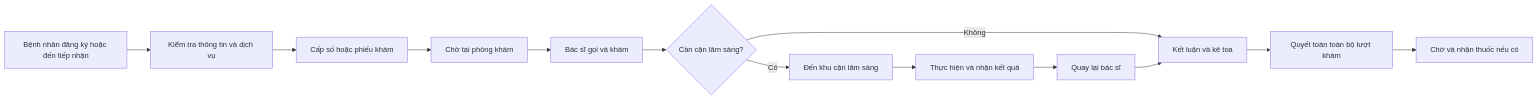
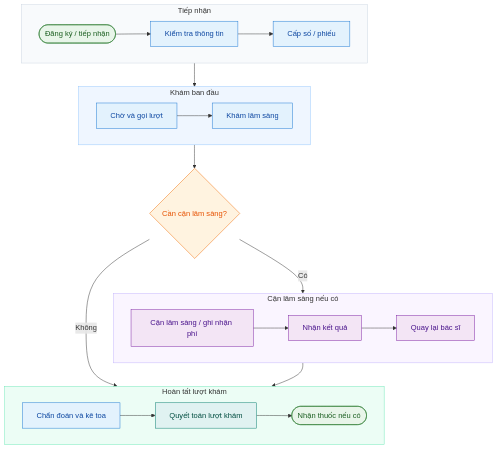
The first of 20 diagrams in docs/report/chapter-03-analysis-and-design.md (ntkhai268/careflow), drawn with Mermaid before and after one commit. The commit also changed other lines of this file and 38 other files, not shown here.

Commit message:
docs: update report and QR check-in flow

````diff
--- a/docs/report/chapter-03-analysis-and-design.md
+++ b/docs/report/chapter-03-analysis-and-design.md
@@ -46,15 +34,45 @@
 ```mermaid
-flowchart LR
-    A["Bệnh nhân đăng ký hoặc đến tiếp nhận"] --> B["Kiểm tra thông tin và dịch vụ"]
-    B --> B1["Cấp số hoặc phiếu khám"]
-    B1 --> C["Chờ tại phòng khám"]
-    C --> D["Bác sĩ gọi và khám"]
-    D --> E{"Cần cận lâm sàng?"}
-    E -- "Không" --> F["Kết luận và kê toa"]
-    E -- "Có" --> G["Đến khu cận lâm sàng"]
-    G --> H["Thực hiện và nhận kết quả"]
-    H --> I["Quay lại bác sĩ"]
-    I --> F
-    F --> P3["Quyết toán toàn bộ lượt khám"]
-    P3 --> J["Chờ và nhận thuốc nếu có"]
+flowchart TB
+    subgraph intake ["Tiếp nhận"]
+        direction LR
+        A(["Đăng ký / tiếp nhận"]) --> B["Kiểm tra thông tin"] --> C["Cấp số / phiếu"]
+    end
+
+    subgraph clinic ["Khám ban đầu"]
+        direction LR
+        D["Chờ và gọi lượt"] --> E["Khám lâm sàng"]
+    end
+
+    subgraph lab ["Cận lâm sàng nếu có"]
+        direction LR
+        G["Cận lâm sàng / ghi nhận phí"] --> H["Nhận kết quả"] --> I["Quay lại bác sĩ"]
+    end
+
+    subgraph completion ["Hoàn tất lượt khám"]
+        direction LR
+        J["Chẩn đoán và kê toa"] --> K["Quyết toán lượt khám"] --> L(["Nhận thuốc nếu có"])
+    end
+
+    C --> D
+    E --> F{"Cần cận lâm sàng?"}
+    F -->|"Có"| G
+    F -->|"Không"| J
+    I --> J
+
+    classDef startEnd fill:#E8F5E9,stroke:#2E7D32,color:#1B5E20
+    classDef process fill:#E3F2FD,stroke:#1976D2,color:#0D47A1
+    classDef lab fill:#F3E5F5,stroke:#7B1FA2,color:#4A148C
+    classDef decision fill:#FFF3E0,stroke:#EF6C00,color:#E65100
+    classDef finish fill:#E0F2F1,stroke:#00796B,color:#004D40
+
+    class A,L startEnd
+    class B,C,D,E,J process
+    class G,H,I lab
+    class F decision
+    class K finish
+
+    style intake fill:#F8FAFC,stroke:#CBD5E1
+    style clinic fill:#EFF6FF,stroke:#93C5FD
+    style lab fill:#FAF5FF,stroke:#C4B5FD
+    style completion fill:#ECFDF5,stroke:#6EE7B7
 ```
````
